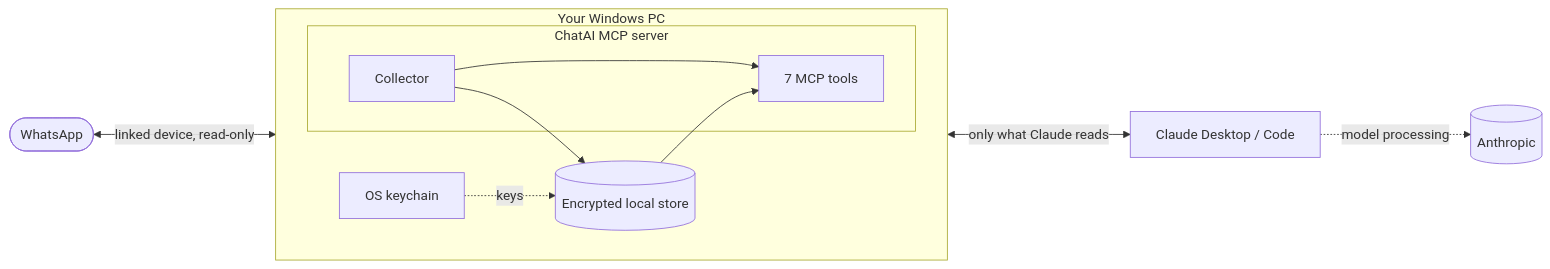
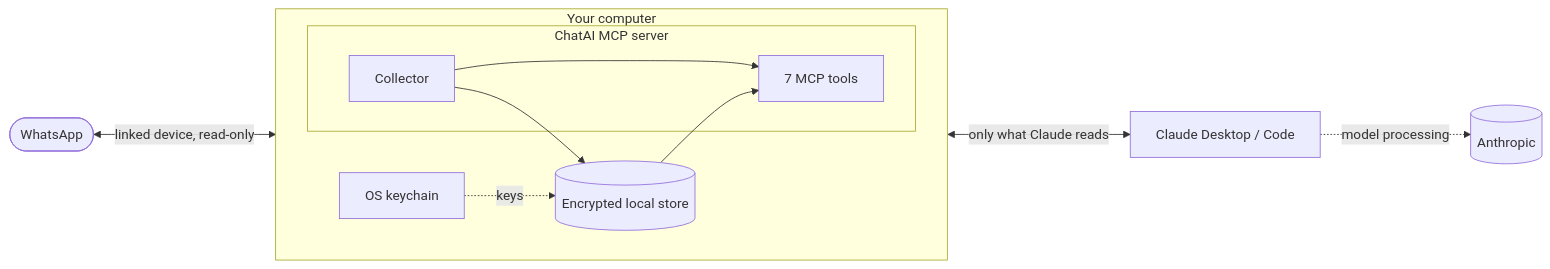
One commit to zuhaibasad/whatsapp-claude-mcp changed the diagram in README.md. Above: the diagram before and after it, drawn with Mermaid. The commit also changed other lines of this file and 11 other files, not shown here.

````diff
--- a/README.md
+++ b/README.md
@@ -117,15 +117,15 @@
 ```mermaid
 flowchart LR
     WA([WhatsApp]) <-->|linked device, read-only| C
-    subgraph PC[Your Windows PC]
+    subgraph PC[Your computer]
         direction LR
         subgraph M[ChatAI MCP server]
             C[Collector] --> T[7 MCP tools]
         end
         C --> S[(Encrypted local store)]
         K[OS keychain] -.keys.-> S
         S --> T
     end
     T <-->|only what Claude reads| CL[Claude Desktop / Code]
     CL -.->|model processing| AN[(Anthropic)]
 ```
````
